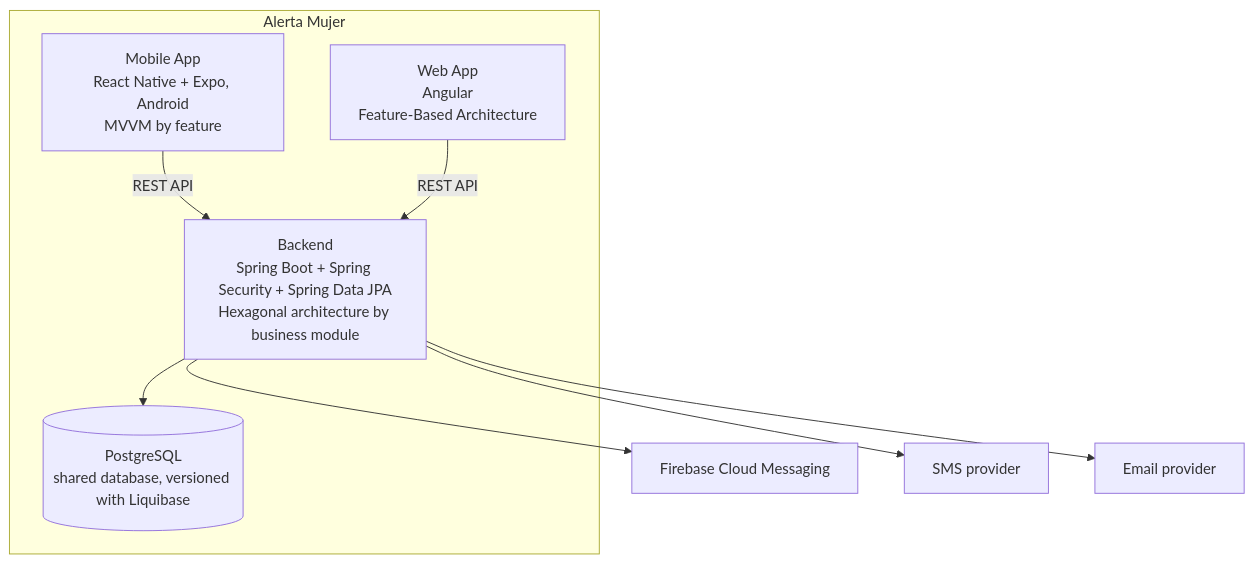
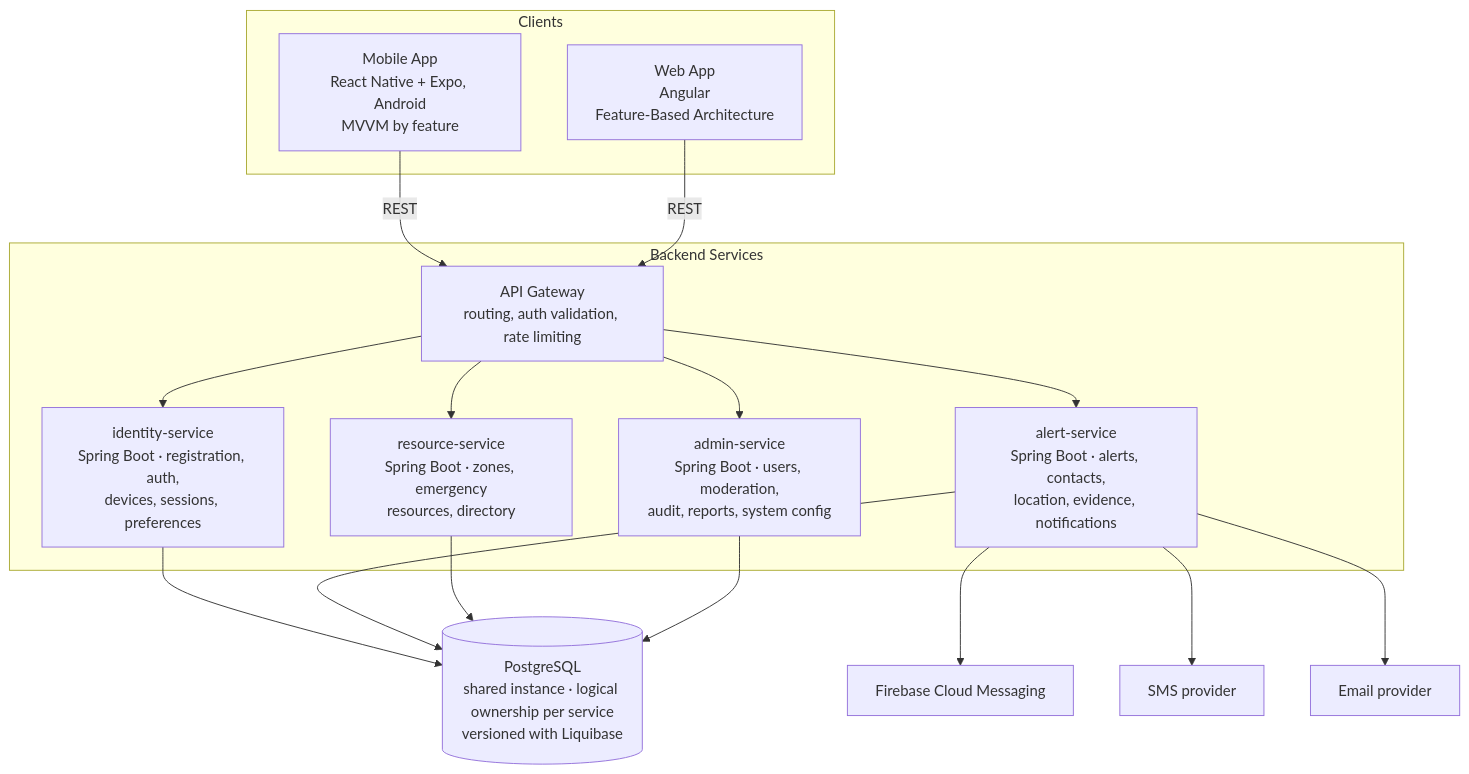
The second of 2 diagrams in 05-architecture/overview.md (code-sena/wal-docs), drawn with Mermaid before and after one commit. The commit also changed other lines of this file and 14 other files, not shown here.

Commit message:
docs: update governance, architecture, data models, and UX-UI specifications

````diff
--- a/05-architecture/overview.md
+++ b/05-architecture/overview.md
@@ -43,20 +43,35 @@
 ```mermaid
 graph TB
-  subgraph "Alerta Mujer"
+  subgraph "Clients"
     MOB[Mobile App<br/>React Native + Expo, Android<br/>MVVM by feature]
     WEB[Web App<br/>Angular<br/>Feature-Based Architecture]
-    BACK[Backend<br/>Spring Boot + Spring Security + Spring Data JPA<br/>Hexagonal architecture by business module]
-    DB[(PostgreSQL<br/>shared database, versioned with Liquibase)]
   end
+
+  subgraph "Backend Services"
+    GW[API Gateway<br/>routing, auth validation, rate limiting]
+    IS[identity-service<br/>Spring Boot · registration, auth,<br/>devices, sessions, preferences]
+    AS[alert-service<br/>Spring Boot · alerts, contacts,<br/>location, evidence, notifications]
+    RS[resource-service<br/>Spring Boot · zones, emergency<br/>resources, directory]
+    ADM[admin-service<br/>Spring Boot · users, moderation,<br/>audit, reports, system config]
+  end
+
+  DB[(PostgreSQL<br/>shared instance · logical ownership per service<br/>versioned with Liquibase)]
 
   FCM[Firebase Cloud Messaging]
   SMS[SMS provider]
   MAIL[Email provider]
 
-  MOB -->|REST API| BACK
-  WEB -->|REST API| BACK
-  BACK --> DB
-  BACK --> FCM
-  BACK --> SMS
-  BACK --> MAIL
+  MOB -->|REST| GW
+  WEB -->|REST| GW
+  GW --> IS
+  GW --> AS
+  GW --> RS
+  GW --> ADM
+  IS --> DB
+  AS --> DB
+  RS --> DB
+  ADM --> DB
+  AS --> FCM
+  AS --> SMS
+  AS --> MAIL
 ```
````
